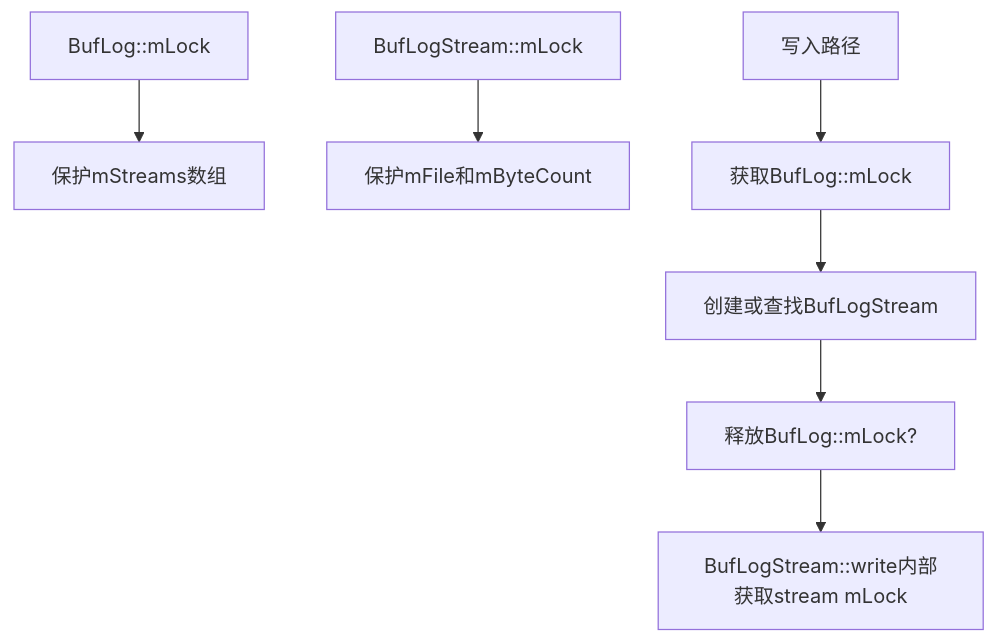
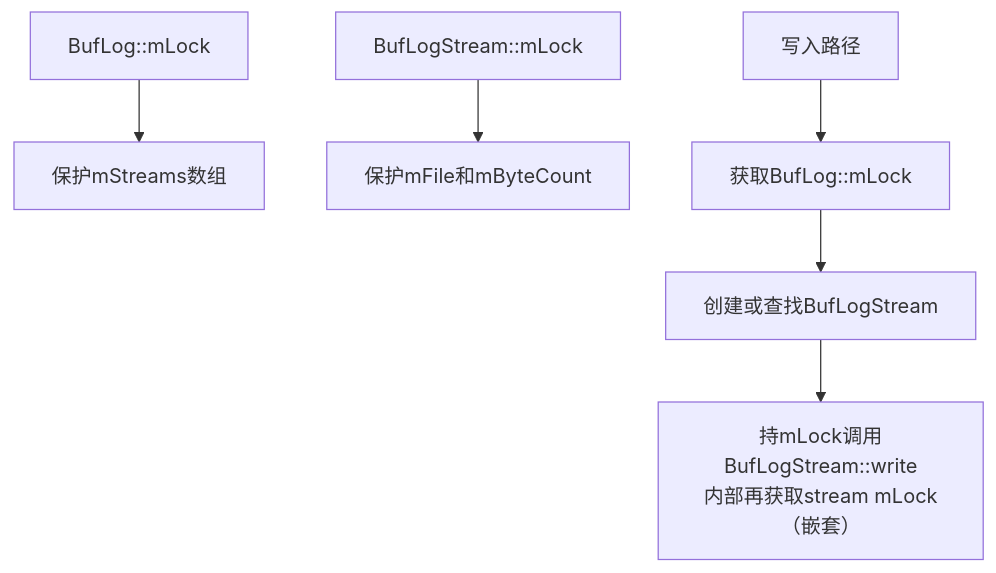
The second of 2 diagrams in 05_AudioFlinger/05_5.16_BufLog-缓冲区调试日志.md (yanglinzhen1022/SA8295_AAOS_QNX_Audio_KnowledgeBase), drawn with Mermaid before and after one commit. The commit also changed other lines of this file and 5 other files, not shown here.

````diff
--- a/05_AudioFlinger/05_5.16_BufLog-缓冲区调试日志.md
+++ b/05_AudioFlinger/05_5.16_BufLog-缓冲区调试日志.md
@@ -346,10 +348,9 @@
 ```mermaid
 flowchart TB
     A[BufLog::mLock] --> B[保护mStreams数组]
     C[BufLogStream::mLock] --> D[保护mFile和mByteCount]
     
     E[写入路径] --> F[获取BufLog::mLock]
     F --> G[创建或查找BufLogStream]
-    G --> H[释放BufLog::mLock?]
-    H --> I[BufLogStream::write内部获取stream mLock]
+    G --> I[持mLock调用BufLogStream::write<br>内部再获取stream mLock（嵌套）]
 ```
````
